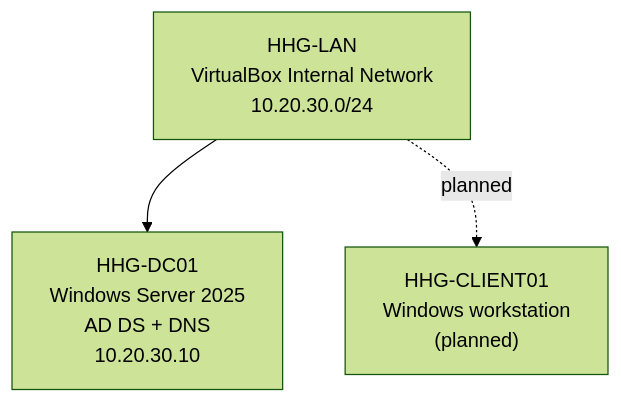
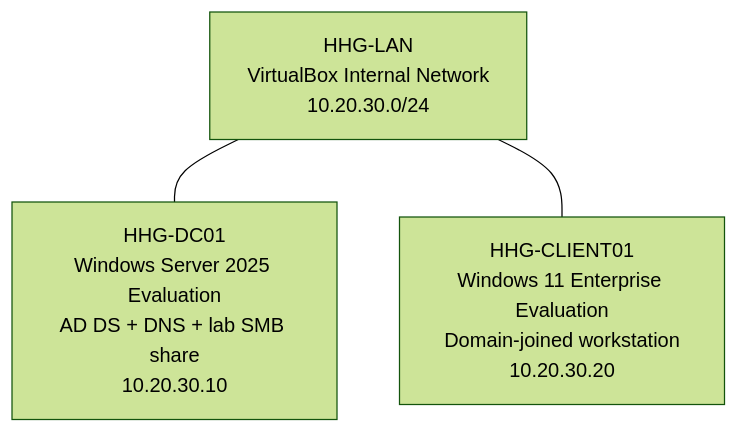
The diagram in README.md (ASTRA1337/Horizon-Health-Group---Enterprise-IT-Homelab), drawn with Mermaid (forest theme) before and after one commit. The commit also changed other lines of this file, not shown here.

Commit message:
Document verified enterprise lab milestones and generic identities

````diff
--- a/README.md
+++ b/README.md
@@ -13,8 +13,8 @@
-```mermaid
+~~~mermaid
 flowchart TB
     LAN["HHG-LAN<br/>VirtualBox Internal Network<br/>10.20.30.0/24"]
-    DC["HHG-DC01<br/>Windows Server 2025<br/>AD DS + DNS<br/>10.20.30.10"]
-    CLIENT["HHG-CLIENT01<br/>Windows workstation<br/>(planned)"]
-    LAN --> DC
-    LAN -. "planned" .-> CLIENT
-```
+    DC["HHG-DC01<br/>Windows Server 2025 Evaluation<br/>AD DS + DNS + lab SMB share<br/>10.20.30.10"]
+    CLIENT["HHG-CLIENT01<br/>Windows 11 Enterprise Evaluation<br/>Domain-joined workstation<br/>10.20.30.20"]
+    LAN --- DC
+    LAN --- CLIENT
+~~~
````
